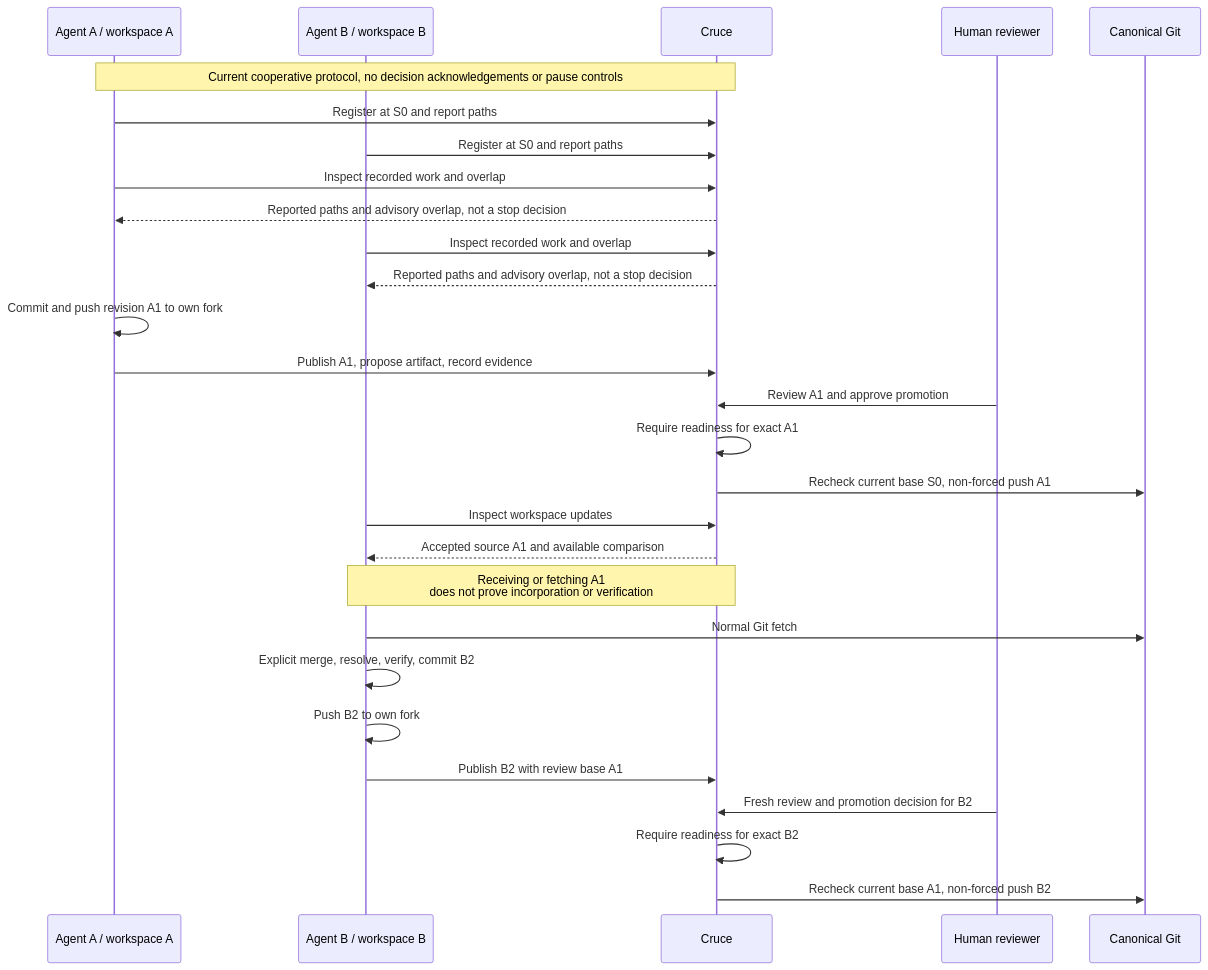
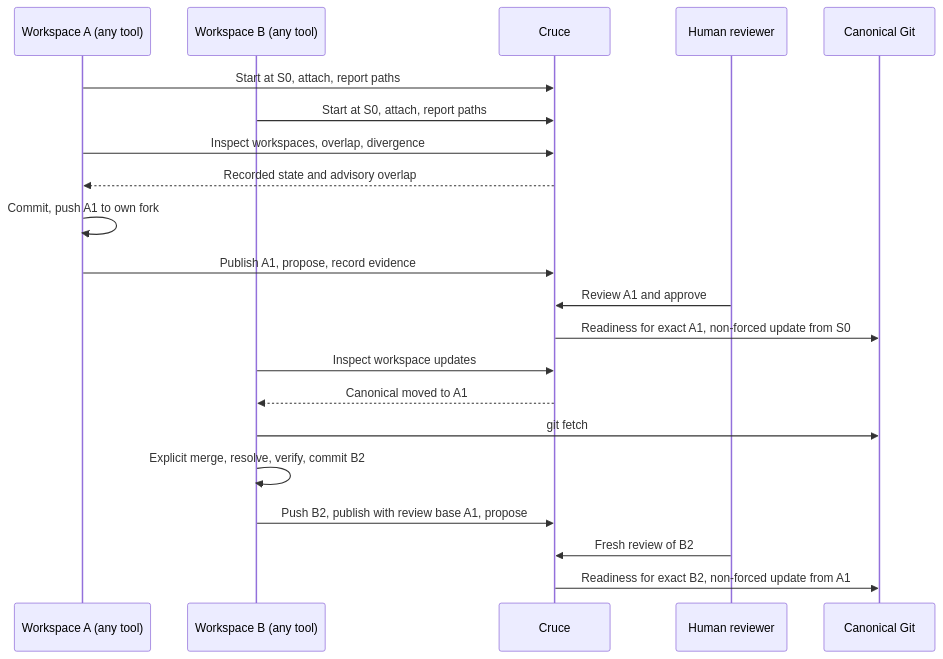
One commit to acltabontabon/cruce changed the second of 3 diagrams in docs/architecture.md. Above: the diagram before and after it, drawn with Mermaid. The commit also changed other lines of this file and 48 other files, not shown here.

````diff
--- a/docs/architecture.md
+++ b/docs/architecture.md
@@ -135,30 +121,23 @@
 ```mermaid
 sequenceDiagram
-    participant A as Agent A / workspace A
-    participant B as Agent B / workspace B
+    participant A as Workspace A (any tool)
+    participant B as Workspace B (any tool)
     participant C as Cruce
     participant H as Human reviewer
     participant G as Canonical Git
-    Note over A,C: Current cooperative protocol, no decision acknowledgements or pause controls
-    A->>C: Register at S0 and report paths
-    B->>C: Register at S0 and report paths
-    A->>C: Inspect recorded work and overlap
-    C-->>A: Reported paths and advisory overlap, not a stop decision
-    B->>C: Inspect recorded work and overlap
-    C-->>B: Reported paths and advisory overlap, not a stop decision
-    A->>A: Commit and push revision A1 to own fork
-    A->>C: Publish A1, propose artifact, record evidence
-    H->>C: Review A1 and approve promotion
-    C->>C: Require readiness for exact A1
-    C->>G: Recheck current base S0, non-forced push A1
+    A->>C: Start at S0, attach, report paths
+    B->>C: Start at S0, attach, report paths
+    A->>C: Inspect workspaces, overlap, divergence
+    C-->>A: Recorded state and advisory overlap
+    A->>A: Commit, push A1 to own fork
+    A->>C: Publish A1, propose, record evidence
+    H->>C: Review A1 and approve
+    C->>G: Readiness for exact A1, non-forced update from S0
     B->>C: Inspect workspace updates
-    C-->>B: Accepted source A1 and available comparison
-    Note over B,C: Receiving or fetching A1<br/>does not prove incorporation or verification
-    B->>G: Normal Git fetch
+    C-->>B: Canonical moved to A1
+    B->>G: git fetch
     B->>B: Explicit merge, resolve, verify, commit B2
-    B->>B: Push B2 to own fork
-    B->>C: Publish B2 with review base A1
-    H->>C: Fresh review and promotion decision for B2
-    C->>C: Require readiness for exact B2
-    C->>G: Recheck current base A1, non-forced push B2
+    B->>C: Push B2, publish with review base A1, propose
+    H->>C: Fresh review of B2
+    C->>G: Readiness for exact B2, non-forced update from A1
 ```
````
